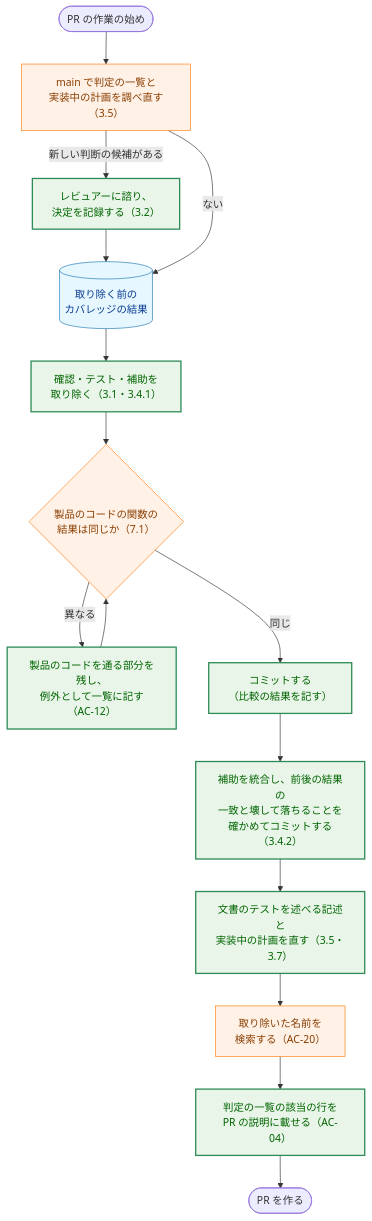
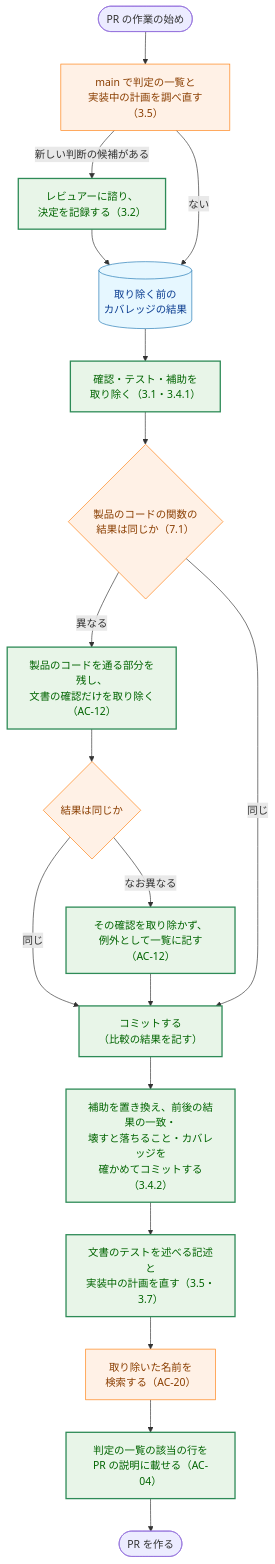
Before and after one commit to isseis/yt2column: the ninth of 10 diagrams in docs/tasks/0052_doc_test_pruning/02_architecture.md, drawn with Mermaid. The commit also changed other lines of this file, not shown here.

````diff
--- a/docs/tasks/0052_doc_test_pruning/02_architecture.md
+++ b/docs/tasks/0052_doc_test_pruning/02_architecture.md
@@ -687,25 +704,28 @@
 ```mermaid
 flowchart TD
     classDef data fill:#e6f7ff,stroke:#1f77b4,stroke-width:1px,color:#0b3d91;
     classDef process fill:#fff1e6,stroke:#ff7f0e,stroke-width:1px,color:#8a3e00;
     classDef enhanced fill:#e8f5e8,stroke:#2e8b57,stroke-width:2px,color:#006400;
 
     S(["PR の作業の始め"]) --> SURVEY["main で判定の一覧と<br>実装中の計画を調べ直す（3.5）"]
     SURVEY -->|"新しい判断の候補がある"| ASK["レビュアーに諮り、<br>決定を記録する（3.2）"]
     ASK --> BASE
     SURVEY -->|"ない"| BASE[("取り除く前の<br>カバレッジの結果")]
     BASE --> DEL["確認・テスト・補助を<br>取り除く（3.1・3.4.1）"]
     DEL --> CMP{"製品のコードの関数の<br>結果は同じか（7.1）"}
-    CMP -->|"異なる"| KEEP["製品のコードを通る部分を残し、<br>例外として一覧に記す（AC-12）"]
-    KEEP --> CMP
+    CMP -->|"異なる"| KEEP["製品のコードを通る部分を残し、<br>文書の確認だけを取り除く（AC-12）"]
+    KEEP --> CMP2{"結果は同じか"}
+    CMP2 -->|"同じ"| COMMIT
+    CMP2 -->|"なお異なる"| EXC["その確認を取り除かず、<br>例外として一覧に記す（AC-12）"]
+    EXC --> COMMIT
     CMP -->|"同じ"| COMMIT["コミットする<br>（比較の結果を記す）"]
-    COMMIT --> MERGE["補助を統合し、前後の結果の<br>一致と壊して落ちることを<br>確かめてコミットする（3.4.2）"]
+    COMMIT --> MERGE["補助を置き換え、前後の結果の一致・<br>壊すと落ちること・カバレッジを<br>確かめてコミットする（3.4.2）"]
     MERGE --> DOCS["文書のテストを述べる記述と<br>実装中の計画を直す（3.5・3.7）"]
     DOCS --> GREP["取り除いた名前を<br>検索する（AC-20）"]
     GREP --> LIST["判定の一覧の該当の行を<br>PR の説明に載せる（AC-04）"]
     LIST --> E(["PR を作る"])
 
     class BASE data
-    class SURVEY,CMP,GREP process
-    class ASK,DEL,KEEP,COMMIT,MERGE,DOCS,LIST enhanced
+    class SURVEY,CMP,CMP2,GREP process
+    class ASK,DEL,KEEP,EXC,COMMIT,MERGE,DOCS,LIST enhanced
 ```
````
